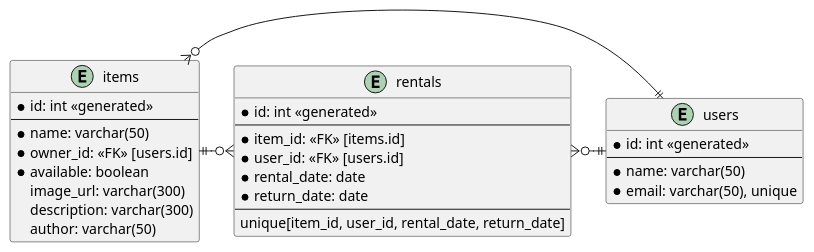
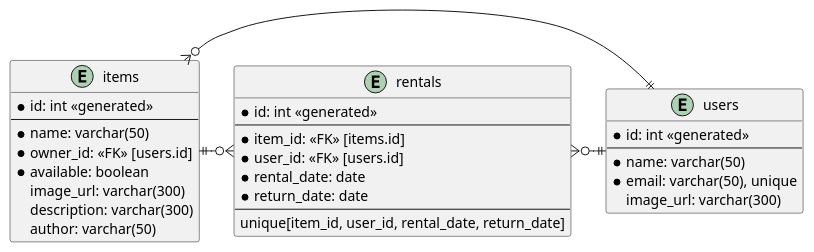
The diagram in docs/er_diagram/er_diagram.pu (naoyuki1115/chan-kari), drawn with PlantUML before and after one commit.

Commit message:
Add users profile image column to users table

```diff
--- a/docs/er_diagram/er_diagram.pu
+++ b/docs/er_diagram/er_diagram.pu
@@ -1,34 +1,35 @@
 @startuml
 entity "users" {
   * id: int <<generated>>
   --
   * name: varchar(50)
   * email: varchar(50), unique
+    image_url: varchar(300)
 }
 
 entity "items" {
   *id: int <<generated>>
   --
   * name: varchar(50)
   * owner_id: <<FK>> [users.id]
   * available: boolean
     image_url: varchar(300)
     description: varchar(300)
     author: varchar(50)
 }
 
 entity "rentals" {
   * id: int <<generated>>
   --
   * item_id: <<FK>> [items.id]
   * user_id: <<FK>> [users.id]
   * rental_date: date
   * return_date: date
   --
   unique[item_id, user_id, rental_date, return_date]
 }
 
 users ||-l-o{ rentals
 items ||-r-o{ rentals
 users ||-l-o{ items
 @enduml
```
